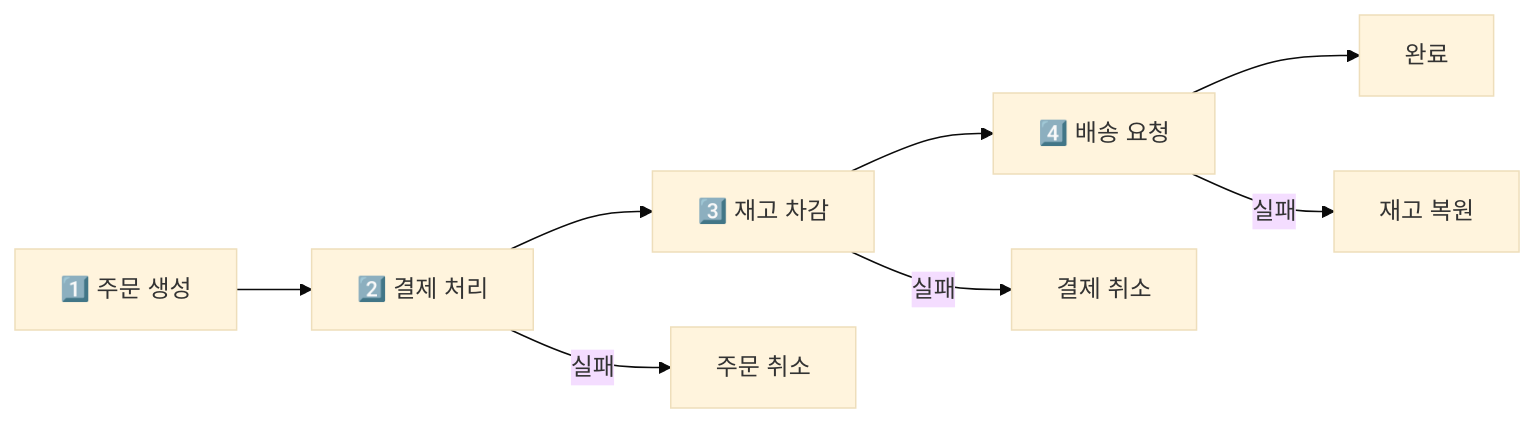
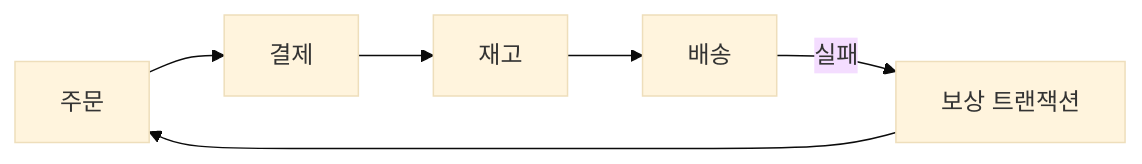
One commit to yjkim2015/yjkim2015.github.io changed the fifth of 14 diagrams in _posts/architecture/2026-05-02-distributed-transaction-deep.md. Above: the diagram before and after it, drawn with Mermaid (base theme). The commit also changed other lines of this file and 163 other files, not shown here.

First line of the commit message:
Mermaid 300개 블록 내용 축소: 5노드 5엣지 이하, 의미 있는 약어

````diff
--- a/_posts/architecture/2026-05-02-distributed-transaction-deep.md
+++ b/_posts/architecture/2026-05-02-distributed-transaction-deep.md
@@ -95,10 +95,6 @@
 ```mermaid
 graph LR
-    T1["1️⃣ 주문 생성"] --> T2["2️⃣ 결제 처리"]
-    T2 --> T3["3️⃣ 재고 차감"]
-    T3 --> T4["4️⃣ 배송 요청"]
-    T4 --> T5["완료"]
-    T4 -->|"실패"| C3["재고 복원"]
-    T3 -->|"실패"| C2["결제 취소"]
-    T2 -->|"실패"| C1["주문 취소"]
+    T1["주문"] --> T2["결제"] --> T3["재고"] --> T4["배송"]
+    T4 -->|"실패"| C["보상 트랜잭션"]
+    C --> T1
 ```
````
